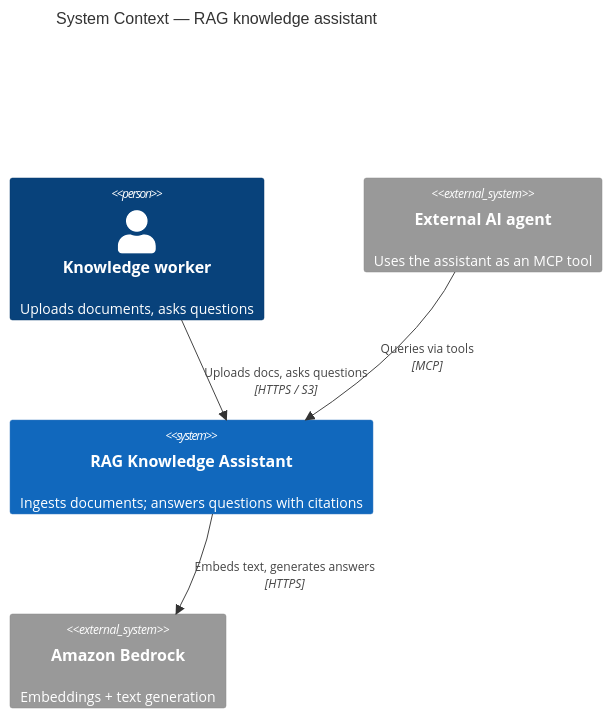
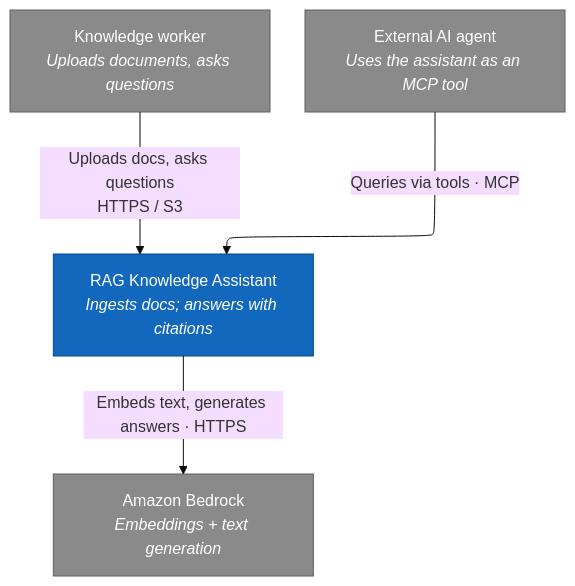
The first of 2 diagrams in docs/architecture.md (spakai/rag-mcp-assistant), drawn with Mermaid (base theme) before and after one commit. The commit also changed 1 other file, not shown here.

Commit message:
docs: add README and fix Level 1 diagram to flowchart
C4Context syntax doesn't render on GitHub; replaced with a
plain Mermaid flowchart (elk layout) that renders correctly.
README covers project overview, run instructions, API contract,
and spec 001-003 history with lessons learned.

````diff
--- a/docs/architecture.md
+++ b/docs/architecture.md
@@ -23,13 +23,20 @@
 ```mermaid
-C4Context
-    title System Context — RAG knowledge assistant
+---
+config:
+  layout: elk
+---
+flowchart TB
+    user["Knowledge worker<br><i>Uploads documents, asks questions</i>"]
+    agent["External AI agent<br><i>Uses the assistant as an MCP tool</i>"]
+    rag["RAG Knowledge Assistant<br><i>Ingests docs; answers with citations</i>"]
+    bedrock["Amazon Bedrock<br><i>Embeddings + text generation</i>"]
 
-    Person(user, "Knowledge worker", "Uploads documents, asks questions")
-    System_Ext(agent, "External AI agent", "Uses the assistant as an MCP tool")
-    System(rag, "RAG Knowledge Assistant", "Ingests documents; answers questions with citations")
-    System_Ext(bedrock, "Amazon Bedrock", "Embeddings + text generation")
+    user -->|"Uploads docs, asks questions<br>HTTPS / S3"| rag
+    agent -->|"Queries via tools · MCP"| rag
+    rag -->|"Embeds text, generates answers · HTTPS"| bedrock
 
-    Rel(user, rag, "Uploads docs, asks questions", "HTTPS / S3")
-    Rel(agent, rag, "Queries via tools", "MCP")
-    Rel(rag, bedrock, "Embeds text, generates answers", "HTTPS")
+    classDef internal fill:#1168bd,stroke:#0b4884,color:#fff
+    classDef external fill:#8a8a8a,stroke:#5e5e5e,color:#fff
+    class rag internal
+    class user,agent,bedrock external
 ```
````
